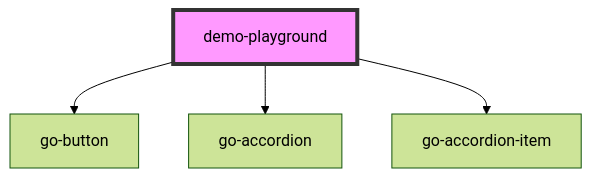
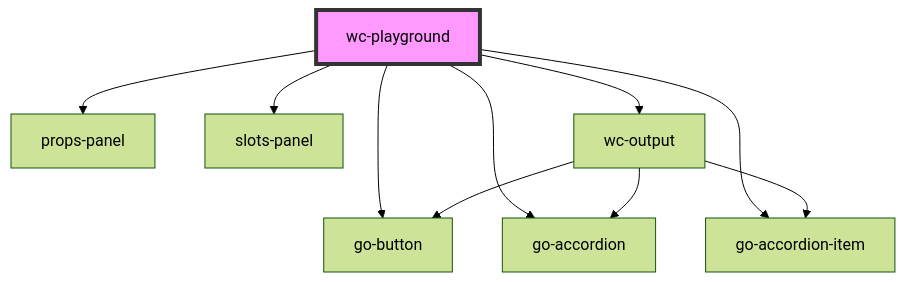
The diagram in src/components/demo-components/demo-playground/readme.md (getgoui/go-utils), drawn with Mermaid (forest theme) before and after one commit. The commit also changed other lines of this file and 2 other files, not shown here.

Commit message:
check local storage in dark mode toggle

````diff
--- a/src/components/demo-components/demo-playground/readme.md
+++ b/src/components/demo-components/demo-playground/readme.md
@@ -32,7 +36,13 @@
 ```mermaid
 graph TD;
-  demo-playground --> go-button
-  demo-playground --> go-accordion
-  demo-playground --> go-accordion-item
-  style demo-playground fill:#f9f,stroke:#333,stroke-width:4px
+  wc-playground --> go-button
+  wc-playground --> go-accordion
+  wc-playground --> go-accordion-item
+  wc-playground --> props-panel
+  wc-playground --> slots-panel
+  wc-playground --> wc-output
+  wc-output --> go-accordion
+  wc-output --> go-accordion-item
+  wc-output --> go-button
+  style wc-playground fill:#f9f,stroke:#333,stroke-width:4px
 ```
````
